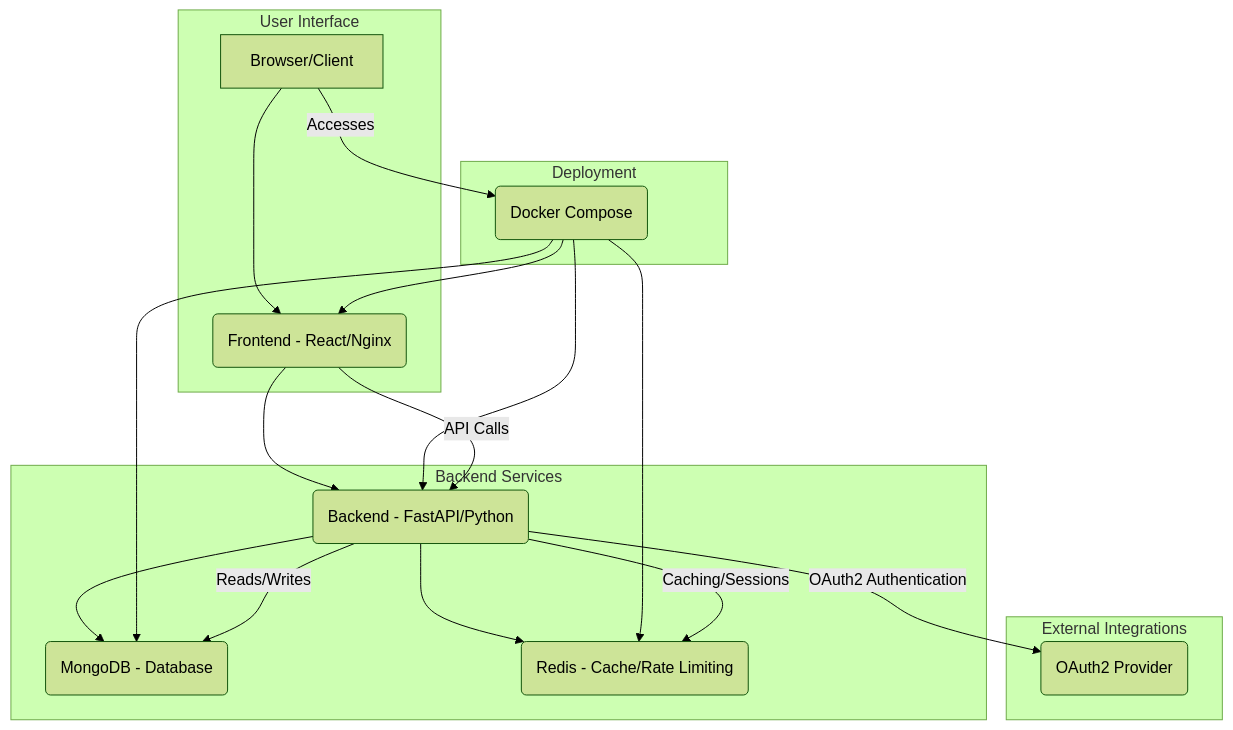
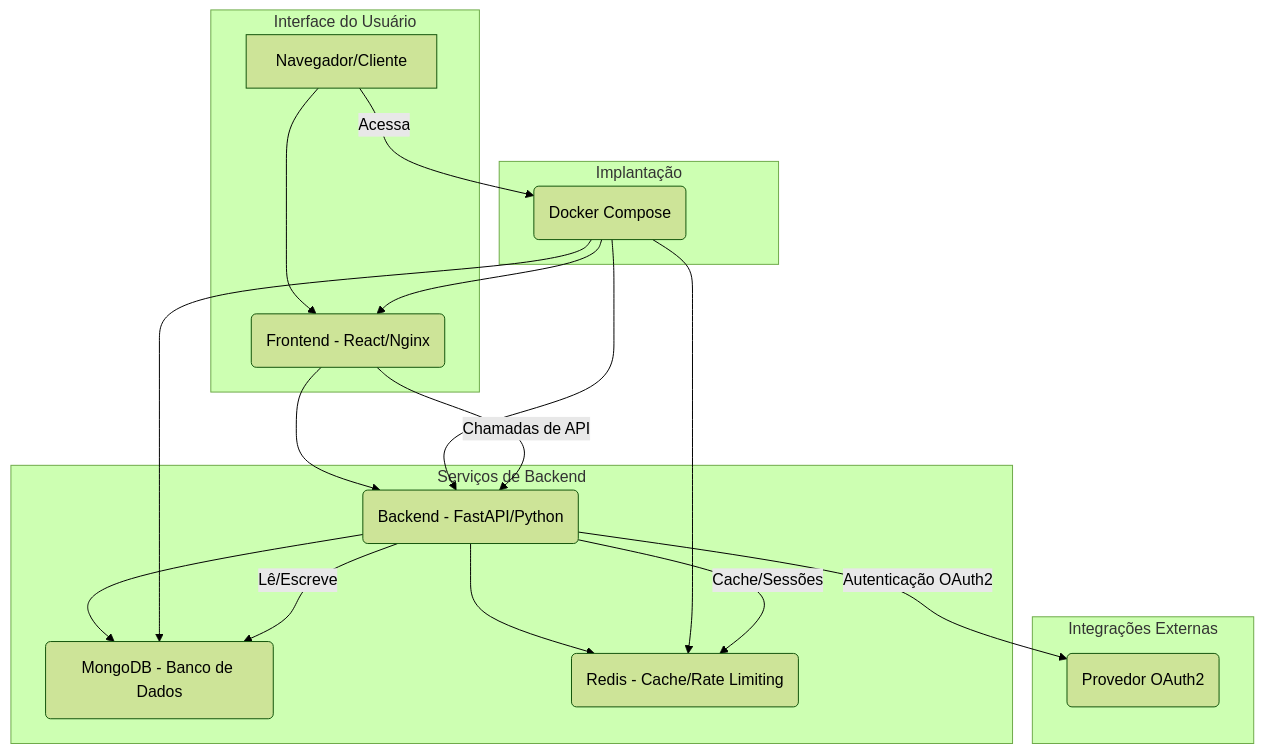
The diagram in docs/integration_diagram.md (ragmarotta/service-catalog), drawn with Mermaid (forest theme) before and after one commit. The commit also changed other lines of this file and 1 other file, not shown here.

Commit message:
Tradução dos diagramas

````diff
--- a/docs/integration_diagram.md
+++ b/docs/integration_diagram.md
@@ -1,28 +1,28 @@
 ```mermaid
 graph TD
-    subgraph User Interface
-        A[Browser/Client] --> B(Frontend - React/Nginx)
+    subgraph Interface do Usuário
+        A[Navegador/Cliente] --> B(Frontend - React/Nginx)
     end
 
-    subgraph Backend Services
+    subgraph Serviços de Backend
         B --> C(Backend - FastAPI/Python)
-        C --> D(MongoDB - Database)
+        C --> D(MongoDB - Banco de Dados)
         C --> E(Redis - Cache/Rate Limiting)
     end
 
-    subgraph External Integrations
-        C -- OAuth2 Authentication --> F(OAuth2 Provider)
+    subgraph Integrações Externas
+        C -- Autenticação OAuth2 --> F(Provedor OAuth2)
     end
 
-    subgraph Deployment
-        A -- Accesses --> G(Docker Compose)
+    subgraph Implantação
+        A -- Acessa --> G(Docker Compose)
         G --> B
         G --> C
         G --> D
         G --> E
     end
 
-    B -- API Calls --> C
-    C -- Reads/Writes --> D
-    C -- Caching/Sessions --> E
+    B -- Chamadas de API --> C
+    C -- Lê/Escreve --> D
+    C -- Cache/Sessões --> E
 ```
````
